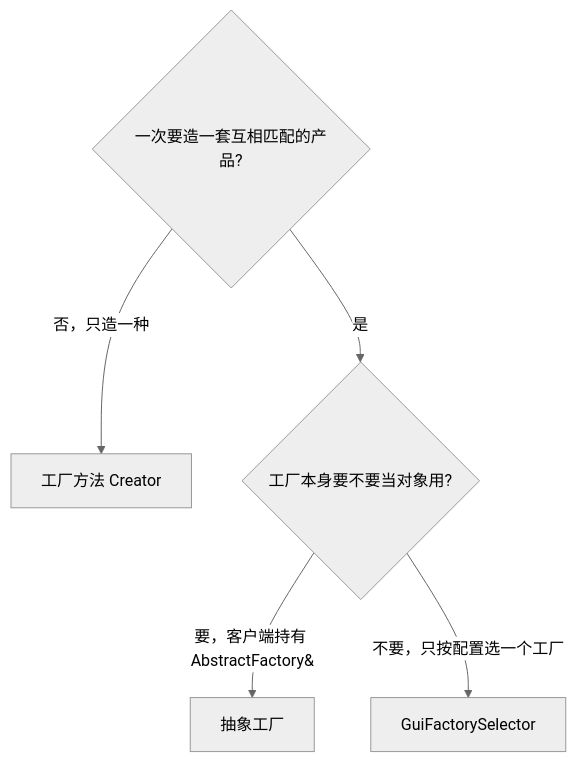
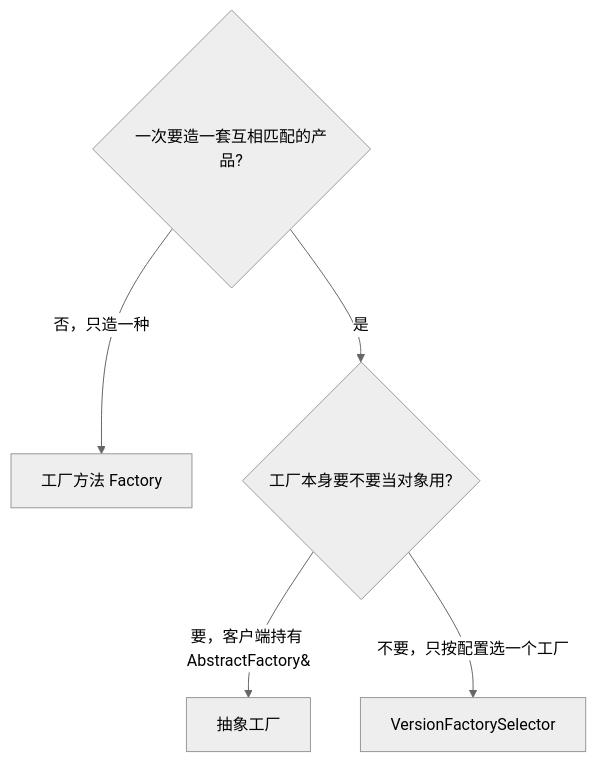
The third of 9 diagrams in docs/creational/abstract_factory.md (zackdlut/design_pattern), drawn with Mermaid (neutral theme) before and after one commit. The commit also changed other lines of this file and 12 other files, not shown here.

````diff
--- a/docs/creational/abstract_factory.md
+++ b/docs/creational/abstract_factory.md
@@ -107,8 +107,8 @@
 ```mermaid
 flowchart TD
   Q1{一次要造一套互相匹配的产品?}
-  Q1 -->|否，只造一种| FM[工厂方法 Creator]
+  Q1 -->|否，只造一种| FM[工厂方法 Factory]
   Q1 -->|是| Q2{工厂本身要不要当对象用?}
   Q2 -->|要，客户端持有 AbstractFactory&| AF[抽象工厂]
-  Q2 -->|不要，只按配置选一个工厂| SEL[GuiFactorySelector]
+  Q2 -->|不要，只按配置选一个工厂| SEL[VersionFactorySelector]
 ```
````
